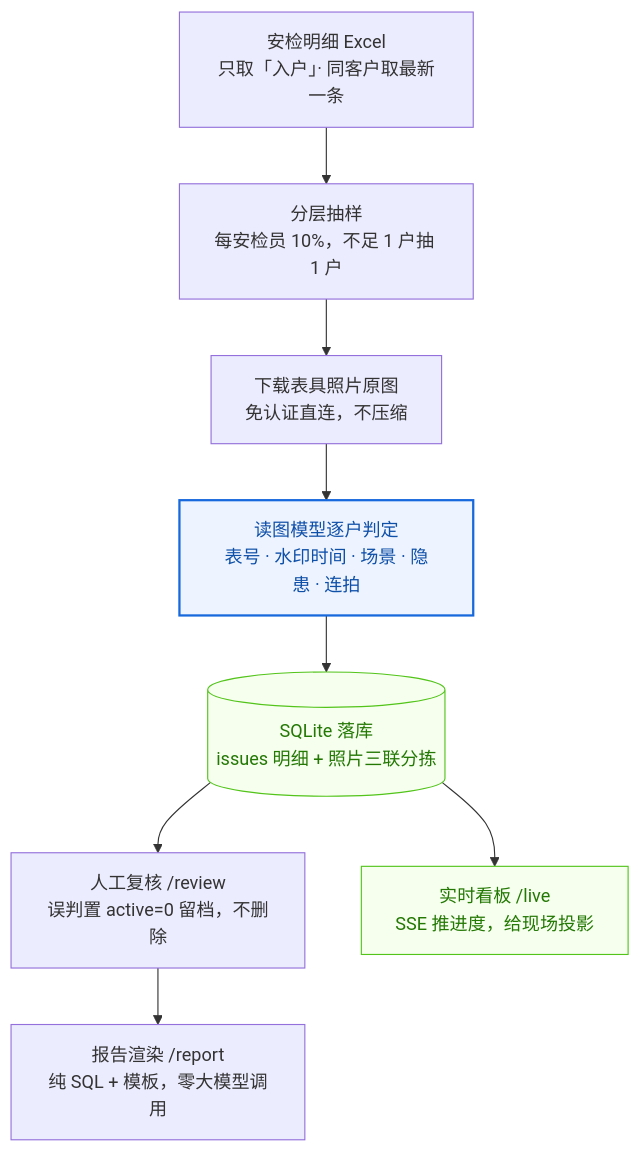
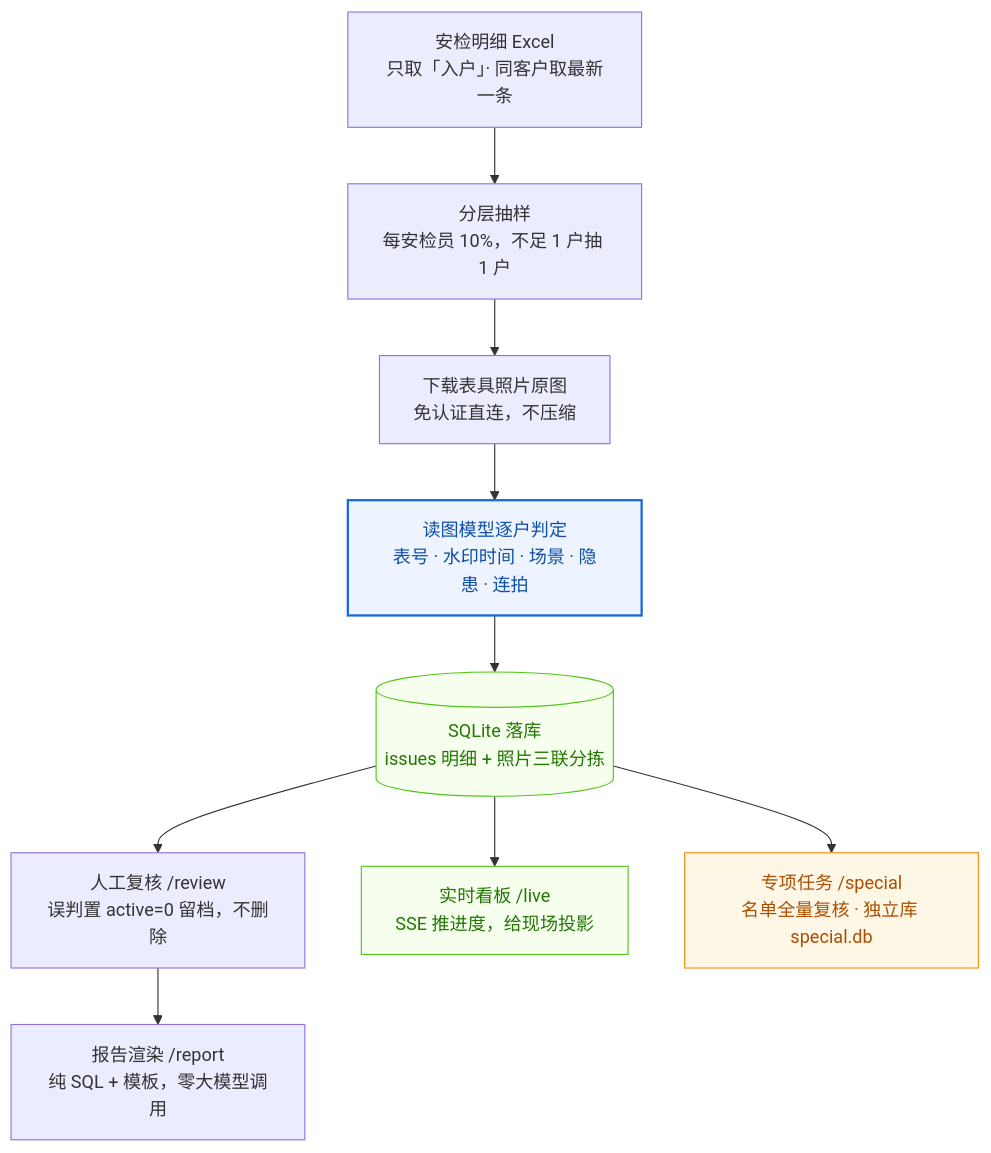
The diagram in README.md (liu222222222222/anjian-ai-qc), drawn with Mermaid before and after one commit. The commit also changed other lines of this file and 3 other files, not shown here.

````diff
--- a/README.md
+++ b/README.md
@@ -12,15 +12,18 @@
 ```mermaid
 flowchart TD
     A["安检明细 Excel<br/>只取「入户」· 同客户取最新一条"] --> B["分层抽样<br/>每安检员 10%，不足 1 户抽 1 户"]
     B --> C["下载表具照片原图<br/>免认证直连，不压缩"]
     C --> D["读图模型逐户判定<br/>表号 · 水印时间 · 场景 · 隐患 · 连拍"]
     D --> E[("SQLite 落库<br/>issues 明细 + 照片三联分拣")]
     E --> F["人工复核 /review<br/>误判置 active=0 留档，不删除"]
     E --> G["实时看板 /live<br/>SSE 推进度，给现场投影"]
+    E --> I["专项任务 /special<br/>名单全量复核 · 独立库 special.db"]
     F --> H["报告渲染 /report<br/>纯 SQL + 模板，零大模型调用"]
 
     classDef agent fill:#eef4ff,stroke:#1668dc,stroke-width:2px,color:#0e4fa8
     classDef store fill:#f6ffed,stroke:#52c41a,color:#237804
+    classDef extra fill:#fff7e6,stroke:#fa8c16,color:#ad4e00
     class D agent
     class E,G store
+    class I extra
 ```
````
